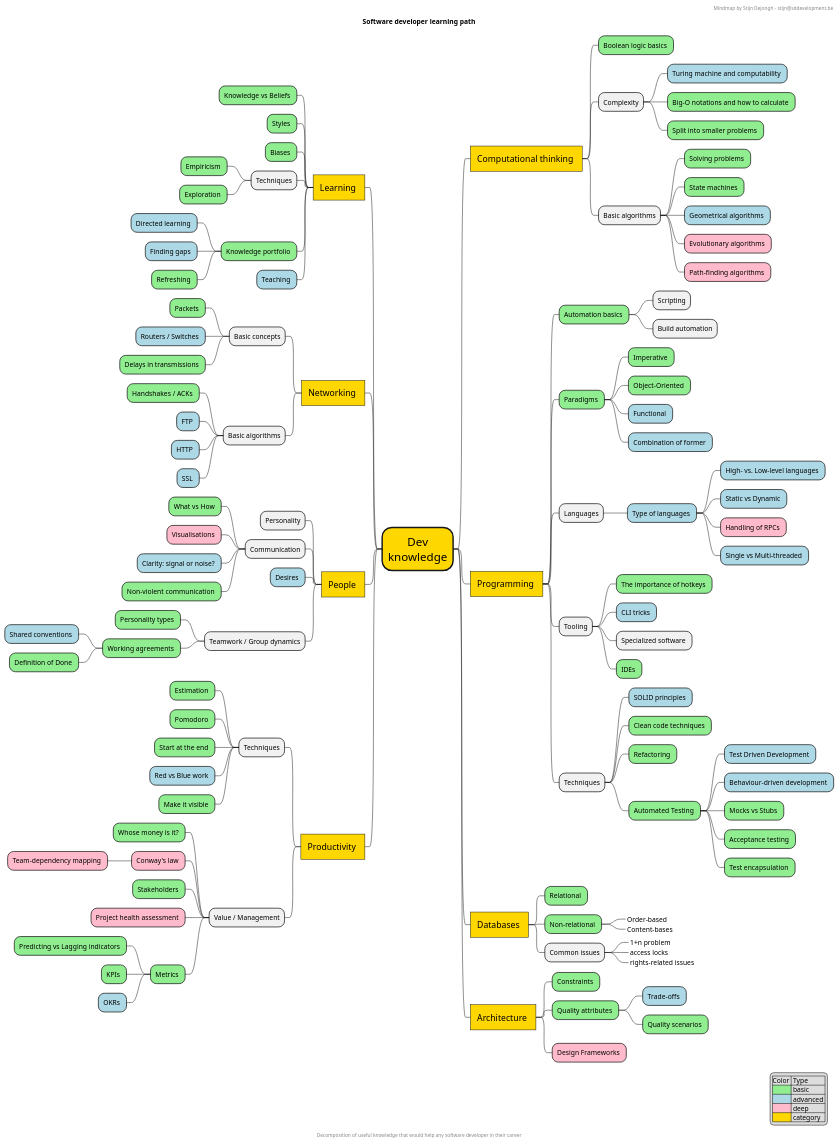
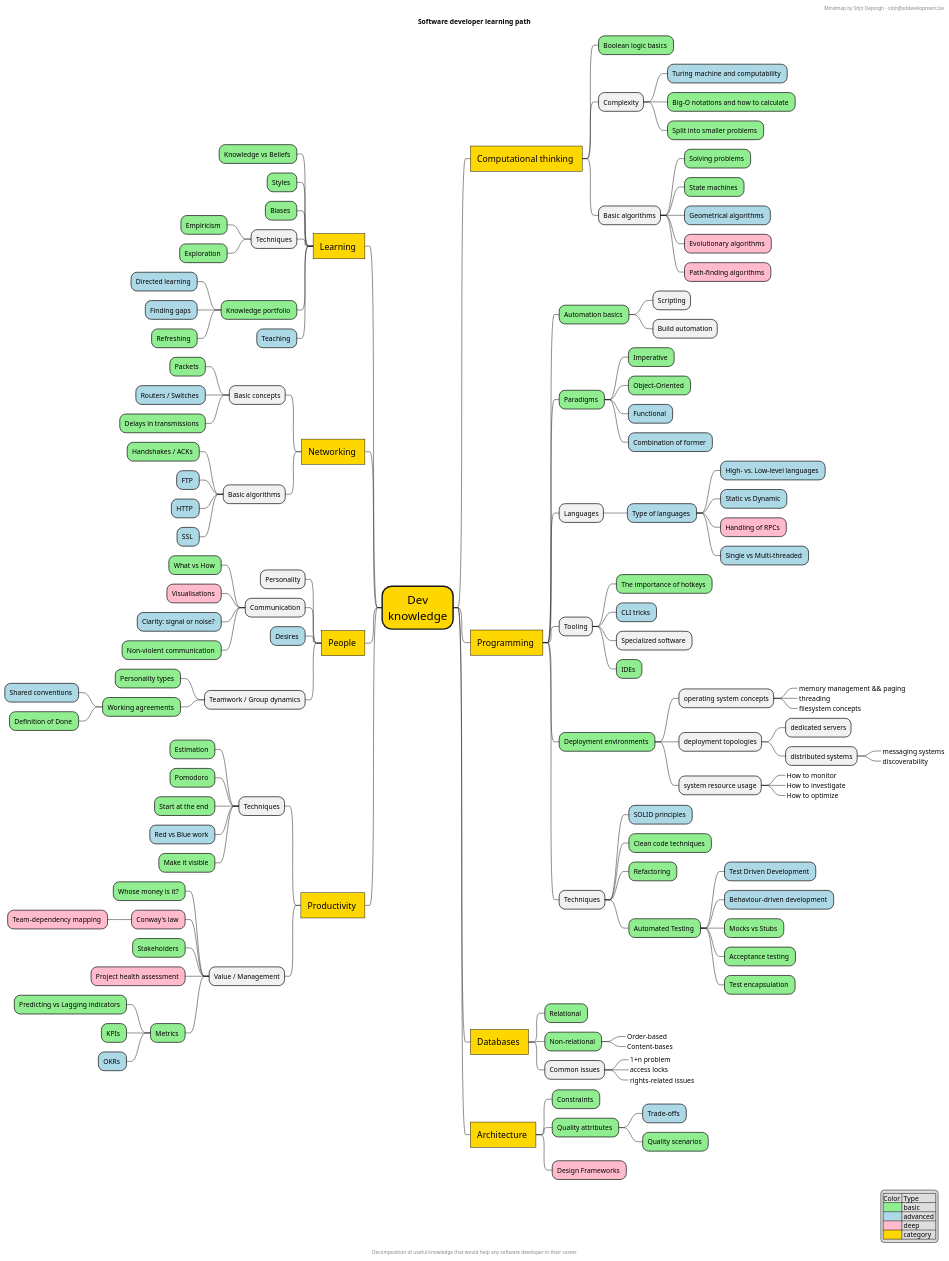
One commit to sddevelopment-be/penguin-pragmatic-patterns changed the diagram in static/images/practices/_mindmap.puml. Above: the diagram before and after it, drawn with PlantUML.

Commit message:
update knoledge map

```diff
--- a/static/images/practices/_mindmap.puml
+++ b/static/images/practices/_mindmap.puml
@@ -1,163 +1,177 @@
 @startmindmap
 
 title Software developer learning path
 
 <style>
 mindmapDiagram {
   .basic {
     BackgroundColor lightgreen
   }
   .advanced {
     BackgroundColor lightblue
   }
   .deep {
     BackgroundColor #FFBBCC
   }
   rootNode {
     Padding 12
     Margin 3
     HorizontalAlignment center
     FontSize 24
     LineThickness 3.0
     BackgroundColor gold
     RoundCorner 40
     MaximumWidth 100
   }
   .category {
     Margin 2
     Padding 14
     BackgroundColor gold
     FontSize 18
     LineThickness 1.0
     RoundCorner 0
     Shadowing 0.0
   }
 }
 </style>
 
 + Dev knowledge
 -- Learning <<category>>
 --- Knowledge vs Beliefs <<basic>>
 --- Styles <<basic>>
 --- Biases <<basic>>
 --- Techniques
 ---- Empiricism <<basic>>
 ---- Exploration <<basic>>
 --- Knowledge portfolio <<basic>>
 ---- Directed learning <<advanced>>
 ---- Finding gaps <<advanced>>
 ---- Refreshing <<basic>>
 --- Teaching <<advanced>>
 ++ Computational thinking <<category>>
 +++ Boolean logic basics <<basic>>
 +++ Complexity
 ++++ Turing machine and computability <<advanced>>
 ++++ Big-O notations and how to calculate <<basic>>
 ++++ Split into smaller problems <<basic>>
 +++ Basic algorithms
 ++++ Solving problems <<basic>>
 ++++ State machines <<basic>>
 ++++ Geometrical algorithms <<advanced>>
 ++++ Evolutionary algorithms <<deep>>
 ++++ Path-finding algorithms <<deep>>
 ++ Programming <<category>>
 +++ Automation basics <<basic>>
 ++++ Scripting
 ++++ Build automation
 +++ Paradigms <<basic>>
 ++++ Imperative <<basic>>
 ++++ Object-Oriented <<basic>>
 ++++ Functional <<advanced>>
 ++++ Combination of former <<advanced>>
 +++ Languages
 ++++ Type of languages <<advanced>>
 +++++ High- vs. Low-level languages <<advanced>>
 +++++ Static vs Dynamic <<advanced>>
 +++++ Handling of RPCs <<deep>>
 +++++ Single vs Multi-threaded <<advanced>>
 +++ Tooling
 ++++ The importance of hotkeys <<basic>>
 ++++ CLI tricks <<advanced>>
 ++++ Specialized software 
 ++++ IDEs <<basic>>
++++ Deployment environments <<basic>>
+++++ operating system concepts
++++++_ memory management && paging
++++++_ threading
++++++_ filesystem concepts
+++++ deployment topologies
++++++ dedicated servers
++++++ distributed systems
+++++++_ messaging systems
+++++++_ discoverability
+++++ system resource usage
++++++_ How to monitor
++++++_ How to investigate
++++++_ How to optimize
 +++ Techniques
 ++++ SOLID principles <<advanced>>
 ++++ Clean code techniques <<basic>>
 ++++ Refactoring <<basic>>
 ++++ Automated Testing <<basic>>
 +++++ Test Driven Development <<advanced>>
 +++++ Behaviour-driven development <<advanced>>
 +++++ Mocks vs Stubs <<basic>>
 +++++ Acceptance testing <<basic>>
 +++++ Test encapsulation <<basic>>
 -- Networking <<category>>
 --- Basic concepts
 ---- Packets <<basic>>
 ---- Routers / Switches <<advanced>>
 ---- Delays in transmissions <<basic>>
 --- Basic algorithms
 ---- Handshakes / ACKs <<basic>>
 ---- FTP <<advanced>>
 ---- HTTP <<advanced>>
 ---- SSL <<advanced>>
 ++ Databases <<category>>
 +++ Relational <<basic>>
 +++ Non-relational <<basic>>
 ++++_ Order-based 
 ++++_ Content-bases
 +++ Common issues
 ++++_ 1+n problem
 ++++_ access locks
 ++++_ rights-related issues
 ++ Architecture <<category>>
 +++ Constraints <<basic>>
 +++ Quality attributes <<basic>>
 ++++ Trade-offs <<advanced>>
 ++++ Quality scenarios <<basic>>
 +++ Design Frameworks <<deep>>
 -- People <<category>>
 --- Personality
 --- Communication
 ---- What vs How <<basic>>
 ---- Visualisations <<deep>>
 ---- Clarity: signal or noise? <<advanced>>
 ---- Non-violent communication <<basic>>
 --- Desires <<advanced>>
 --- Teamwork / Group dynamics
 ---- Personality types <<basic>>
 ---- Working agreements <<basic>>
 ----- Shared conventions <<advanced>>
 ----- Definition of Done <<basic>> 
 -- Productivity <<category>>
 --- Techniques
 ---- Estimation <<basic>>
 ---- Pomodoro <<basic>>
 ---- Start at the end <<basic>>
 ---- Red vs Blue work <<advanced>>
 ---- Make it visible <<basic>>
 --- Value / Management
 ---- Whose money is it? <<basic>>
 ---- Conway's law <<deep>>
 ----- Team-dependency mapping <<deep>>
 ---- Stakeholders <<basic>>
 ---- Project health assessment <<deep>>
 ---- Metrics <<basic>>
 ----- Predicting vs Lagging indicators <<basic>>
 ----- KPIs <<basic>>
 ----- OKRs <<advanced>>
 
 legend right
   |Color | Type |
   | <#lightgreen> | basic |
   | <#lightblue> | advanced |
   | <#FFBBCC> | deep |
   | <#gold> | category |
 endlegend
 
 header
 Mindmap by Stijn Dejongh - stijn@sddevelopment.be
 endheader
 
 center footer Decomposition of useful knowledge that would help any software developer in their career
 
 @endmindmap
```
